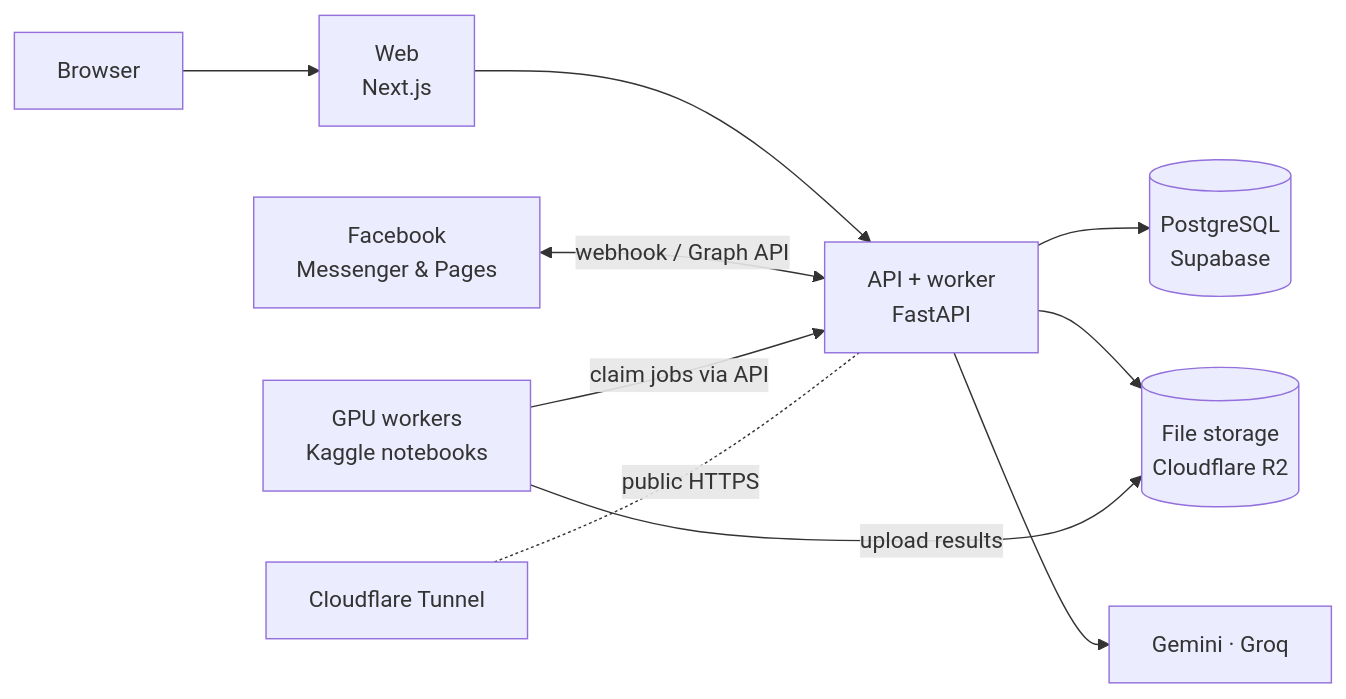
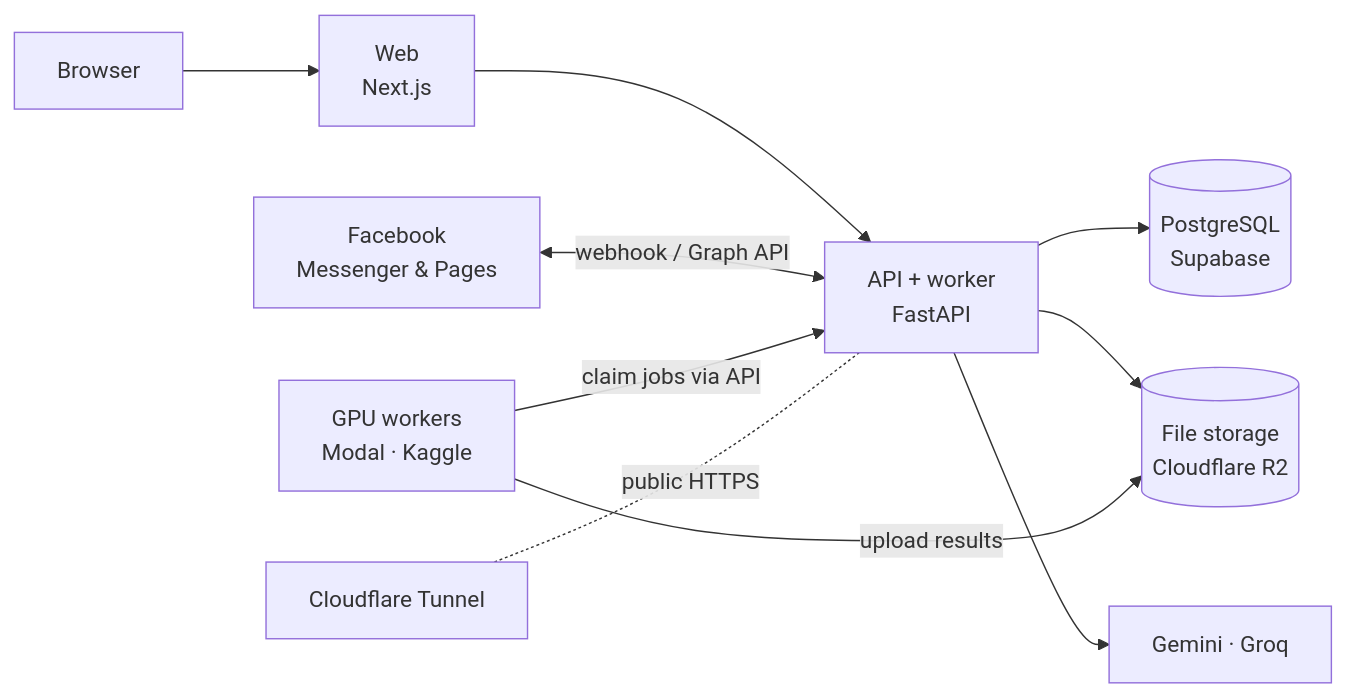
Before and after one commit to Leviathan3311/affiliate-studio: the diagram in README.md, drawn with Mermaid. The commit also changed other lines of this file and 9 other files, not shown here.

First line of the commit message:
feat(gpu): run Notebook 1 on Modal L40S, started by the API when a job is queued

````diff
--- a/README.md
+++ b/README.md
@@ -28,12 +28,12 @@
 ```mermaid
 flowchart LR
     U[Browser] --> W[Web<br/>Next.js]
     W --> A[API + worker<br/>FastAPI]
     FB[Facebook<br/>Messenger & Pages] <-->|webhook / Graph API| A
     A --> DB[(PostgreSQL<br/>Supabase)]
     A --> S[(File storage<br/>Cloudflare R2)]
     A --> AI[Gemini · Groq]
-    K[GPU workers<br/>Kaggle notebooks] -->|claim jobs via API| A
+    K[GPU workers<br/>Modal · Kaggle] -->|claim jobs via API| A
     K -->|upload results| S
     T[Cloudflare Tunnel] -.public HTTPS.- A
 ```
````
